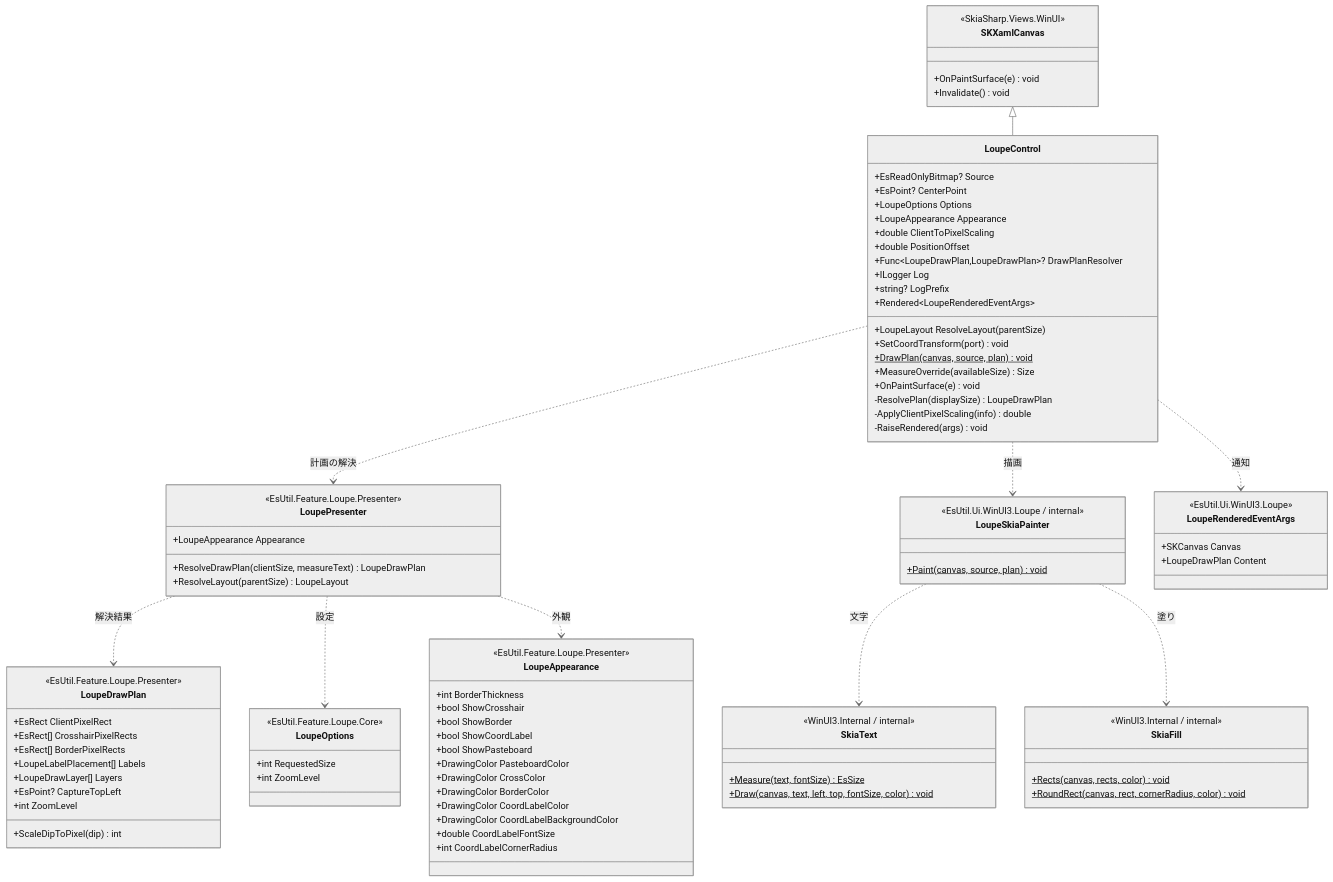
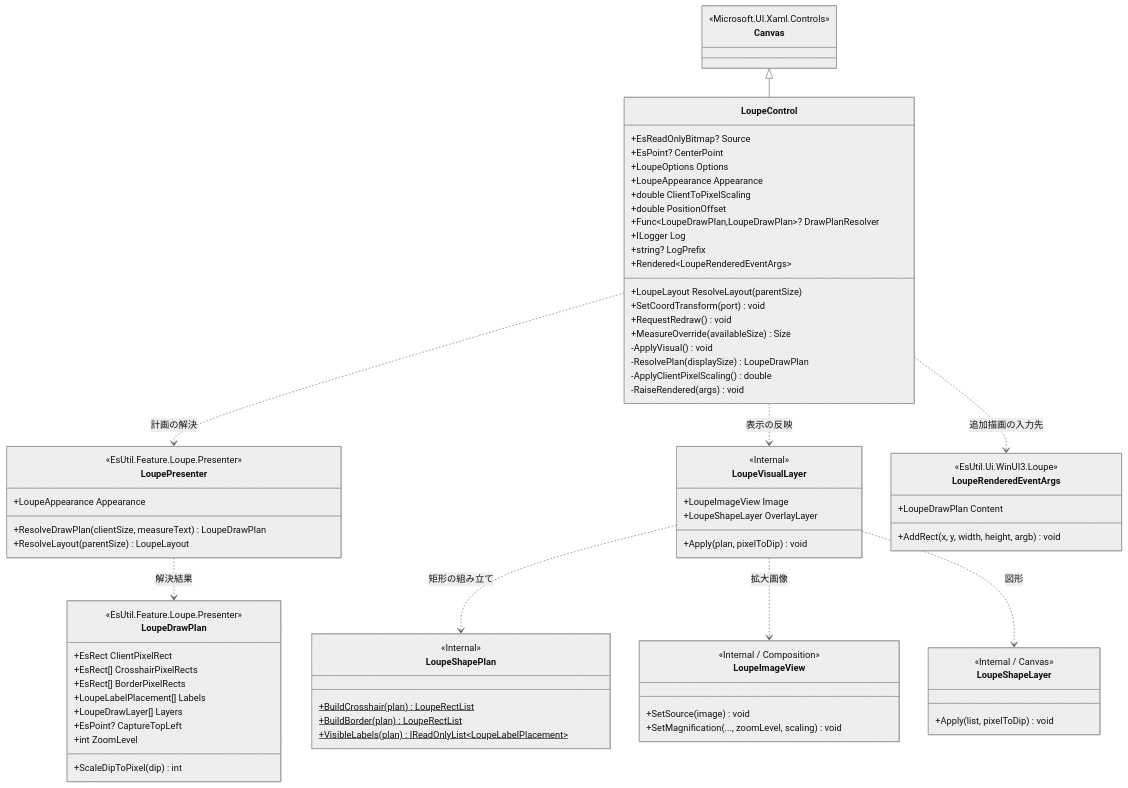
Before and after one commit to tomokuni/EsUtil: the first of 2 diagrams in EsUtil.Ui.WinUI3/Loupe/docs/SPEC_System.md, drawn with Mermaid (neutral theme). The commit also changed other lines of this file and 72 other files, not shown here.

First line of the commit message:
WinUI 3 版の 3 コントロールを SkiaSharp から XAML と Composition へ移す

````diff
--- a/EsUtil.Ui.WinUI3/Loupe/docs/SPEC_System.md
+++ b/EsUtil.Ui.WinUI3/Loupe/docs/SPEC_System.md
@@ -113,9 +110,7 @@
 ```mermaid
 classDiagram
-    class SKXamlCanvas {
-        <<SkiaSharp.Views.WinUI>>
-        +OnPaintSurface(e) void
-        +Invalidate() void
+    class Canvas {
+        <<Microsoft.UI.Xaml.Controls>>
     }
     class LoupeControl {
         +EsReadOnlyBitmap? Source
@@ -129,12 +124,12 @@
         +string? LogPrefix
         +LoupeLayout ResolveLayout(parentSize)
         +SetCoordTransform(port) void
-        +DrawPlan(canvas, source, plan) void$
+        +RequestRedraw() void
         +Rendered~LoupeRenderedEventArgs~
         +MeasureOverride(availableSize) Size
-        +OnPaintSurface(e) void
+        -ApplyVisual() void
         -ResolvePlan(displaySize) LoupeDrawPlan
-        -ApplyClientPixelScaling(info) double
+        -ApplyClientPixelScaling() double
         -RaiseRendered(args) void
     }
     class LoupePresenter {
@@ -142,26 +137,6 @@
         +LoupeAppearance Appearance
         +ResolveDrawPlan(clientSize, measureText) LoupeDrawPlan
         +ResolveLayout(parentSize) LoupeLayout
-    }
-    class LoupeOptions {
-        <<EsUtil.Feature.Loupe.Core>>
-        +int RequestedSize
-        +int ZoomLevel
-    }
-    class LoupeAppearance {
-        <<EsUtil.Feature.Loupe.Presenter>>
-        +int BorderThickness
-        +bool ShowCrosshair
-        +bool ShowBorder
-        +bool ShowCoordLabel
-        +bool ShowPasteboard
-        +DrawingColor PasteboardColor
-        +DrawingColor CrossColor
-        +DrawingColor BorderColor
-        +DrawingColor CoordLabelColor
-        +DrawingColor CoordLabelBackgroundColor
-        +double CoordLabelFontSize
-        +int CoordLabelCornerRadius
     }
     class LoupeDrawPlan {
         <<EsUtil.Feature.Loupe.Presenter>>
@@ -174,32 +149,38 @@
         +int ZoomLevel
         +ScaleDipToPixel(dip) int
     }
-    class LoupeSkiaPainter {
-        <<EsUtil.Ui.WinUI3.Loupe / internal>>
-        +Paint(canvas, source, plan) void$
+    class LoupeVisualLayer {
+        <<Internal>>
+        +Apply(plan, pixelToDip) void
+        +LoupeImageView Image
+        +LoupeShapeLayer OverlayLayer
     }
-    class SkiaText {
-        <<WinUI3.Internal / internal>>
-        +Measure(text, fontSize) EsSize$
-        +Draw(canvas, text, left, top, fontSize, color) void$
+    class LoupeShapePlan {
+        <<Internal>>
+        +BuildCrosshair(plan) LoupeRectList$
+        +BuildBorder(plan) LoupeRectList$
+        +VisibleLabels(plan) IReadOnlyList~LoupeLabelPlacement~$
     }
-    class SkiaFill {
-        <<WinUI3.Internal / internal>>
-        +Rects(canvas, rects, color) void$
-        +RoundRect(canvas, rect, cornerRadius, color) void$
+    class LoupeImageView {
+        <<Internal / Composition>>
+        +SetSource(image) void
+        +SetMagnification(..., zoomLevel, scaling) void
+    }
+    class LoupeShapeLayer {
+        <<Internal / Canvas>>
+        +Apply(list, pixelToDip) void
     }
     class LoupeRenderedEventArgs {
         <<EsUtil.Ui.WinUI3.Loupe>>
-        +SKCanvas Canvas
+        +AddRect(x, y, width, height, argb) void
         +LoupeDrawPlan Content
     }
-    SKXamlCanvas <|-- LoupeControl
+    Canvas <|-- LoupeControl
     LoupeControl ..> LoupePresenter : 計画の解決
-    LoupeControl ..> LoupeSkiaPainter : 描画
-    LoupeSkiaPainter ..> SkiaText : 文字
-    LoupeSkiaPainter ..> SkiaFill : 塗り
+    LoupeControl ..> LoupeVisualLayer : 表示の反映
+    LoupeVisualLayer ..> LoupeShapePlan : 矩形の組み立て
+    LoupeVisualLayer ..> LoupeImageView : 拡大画像
+    LoupeVisualLayer ..> LoupeShapeLayer : 図形
     LoupePresenter ..> LoupeDrawPlan : 解決結果
-    LoupePresenter ..> LoupeOptions : 設定
-    LoupePresenter ..> LoupeAppearance : 外観
-    LoupeControl ..> LoupeRenderedEventArgs : 通知
+    LoupeControl ..> LoupeRenderedEventArgs : 追加描画の入力先
 ```
````
